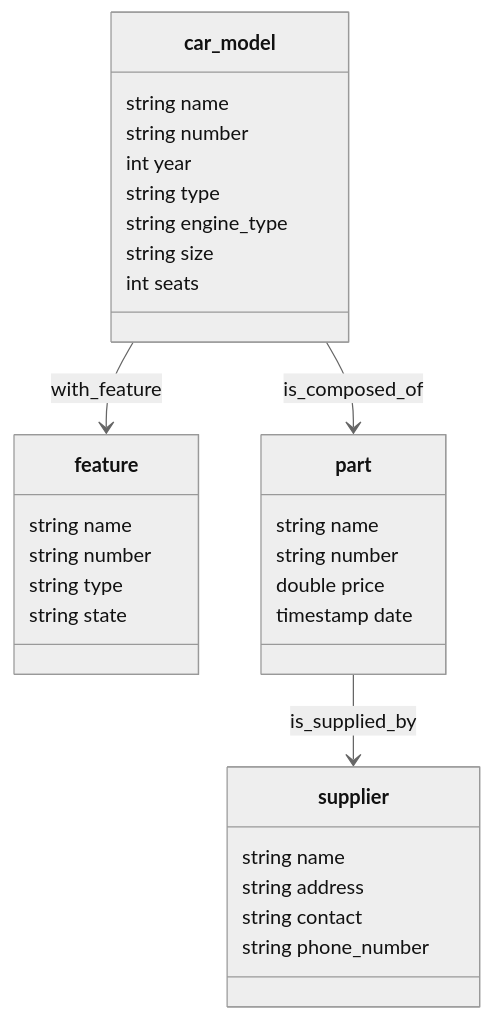
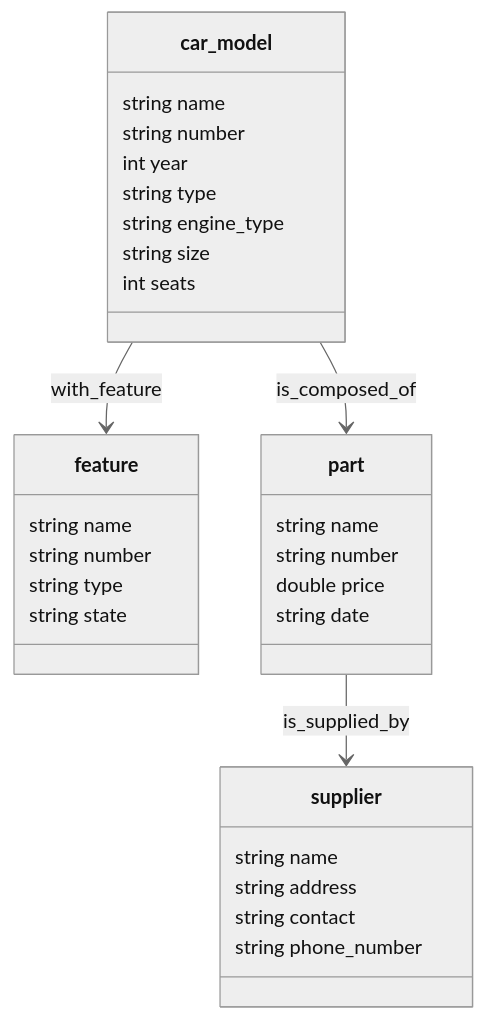
The second of 2 diagrams in README.md (wey-gu/supplychain-dataset-gen), drawn with Mermaid (neutral theme) before and after one commit. The commit also changed other lines of this file and 1 other file, not shown here.

````diff
--- a/README.md
+++ b/README.md
@@ -25,34 +25,34 @@
 ```mermaid
 classDiagram
     class car_model {
         string name
         string number
         int year
         string type
         string engine_type
         string size
         int seats
     }
     class feature {
         string name
         string number
         string type
         string state
     }
     class part {
         string name
         string number
         double price
-        timestamp date
+        string date
     }
     class supplier {
         string name
         string address
         string contact
         string phone_number
     }
 
     car_model --> feature : with_feature
     car_model --> part : is_composed_of
     part --> supplier : is_supplied_by
 ```
````
